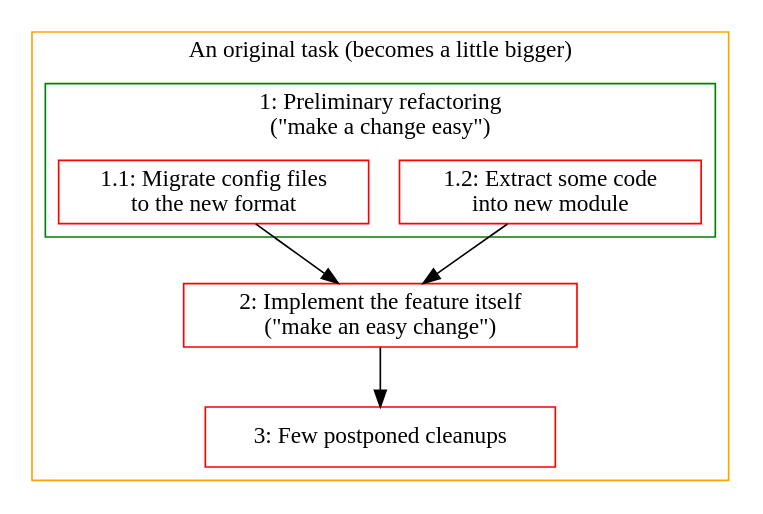
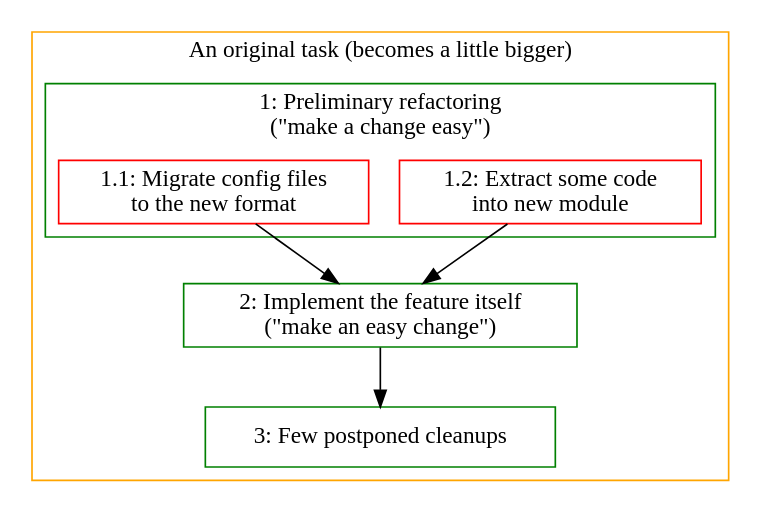
The diagram in src/list-vs-fractals/2.dot (ahitrin/ahitrin.github.com), drawn with Graphviz before and after one commit. The commit also changed 14 other files, not shown here.

```diff
--- a/src/list-vs-fractals/2.dot
+++ b/src/list-vs-fractals/2.dot
@@ -1,24 +1,24 @@
 digraph g {
-node [shape=box, color=red];
+node [shape=box, color=green];
 edge [color=black];
 subgraph cluster_0 {
     color=orange;
     label = "An original task (becomes a little bigger)";
     subgraph cluster_1 {
         color = green;
         label="1: Preliminary refactoring
 (&quot;make a change easy&quot;)";
 
         5 [label="1.2: Extract some code
-into new module"];
+into new module", color=red];
         6 [label="1.1: Migrate config files
-to the new format"];
+to the new format", color=red];
     }
 3 [label="2: Implement the feature itself
 (&quot;make an easy change&quot;)"];
 4 [label="3: Few postponed cleanups"];
 5 -> 3;
 6 -> 3
 3 -> 4;
 }
 }
```
